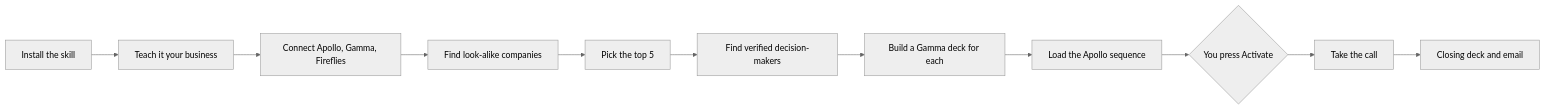
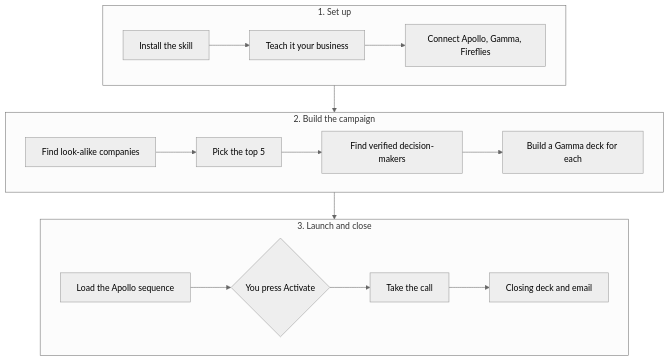
One commit to Zackderis/gtmai changed the diagram in README.md. Above: the diagram before and after it, drawn with Mermaid (neutral theme). The commit also changed other lines of this file, not shown here.

Commit message:
Make the README diagram readable

````diff
--- a/README.md
+++ b/README.md
@@ -48,13 +48,16 @@
 ```mermaid
-flowchart LR
-    A[Install the skill] --> B[Teach it your business]
-    B --> C[Connect Apollo, Gamma, Fireflies]
-    C --> D[Find look-alike companies]
-    D --> E[Pick the top 5]
-    E --> F[Find verified decision-makers]
-    F --> G[Build a Gamma deck for each]
-    G --> H[Load the Apollo sequence]
-    H --> I{You press Activate}
-    I --> J[Take the call]
-    J --> K[Closing deck and email]
+flowchart TD
+    subgraph setup["1. Set up"]
+        direction LR
+        A[Install the skill] --> B[Teach it your business] --> C[Connect Apollo, Gamma, Fireflies]
+    end
+    subgraph build["2. Build the campaign"]
+        direction LR
+        D[Find look-alike companies] --> E[Pick the top 5] --> F[Find verified decision-makers] --> G[Build a Gamma deck for each]
+    end
+    subgraph close["3. Launch and close"]
+        direction LR
+        H[Load the Apollo sequence] --> I{You press Activate} --> J[Take the call] --> K[Closing deck and email]
+    end
+    setup --> build --> close
 ```
````
